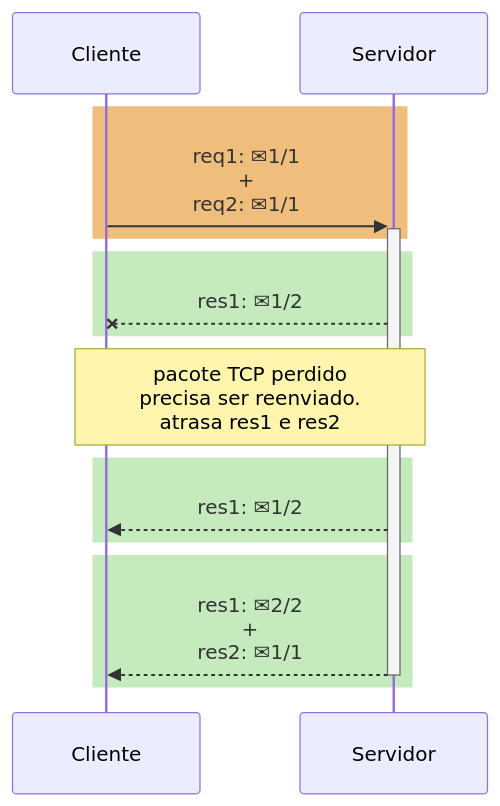
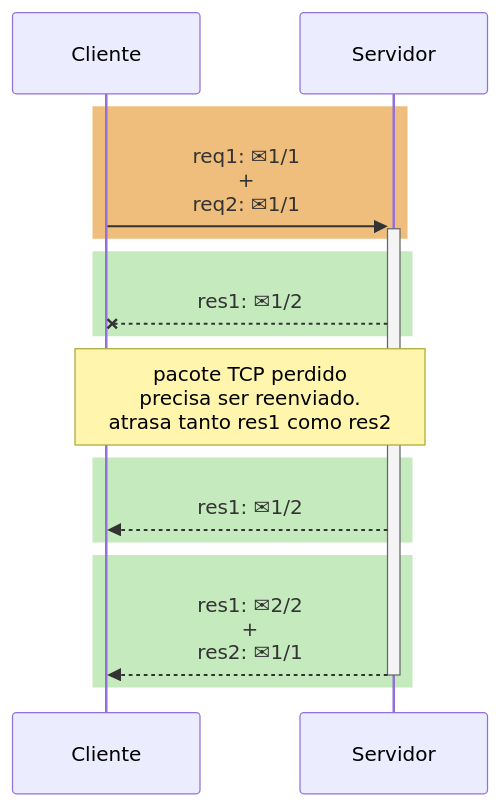
The third of 4 diagrams in src/posts/2024/03/http2-e-http3-explicados.md (alexandrehtrb/alexandrehtrb.github.io), drawn with Mermaid before and after one commit. The commit also changed other lines of this file and 1 other file, not shown here.

Commit message:
article: text changes

````diff
--- a/src/posts/2024/03/http2-e-http3-explicados.md
+++ b/src/posts/2024/03/http2-e-http3-explicados.md
@@ -157,16 +157,16 @@
 ```mermaid
 sequenceDiagram
     rect rgb(239, 190, 125)
         Cliente->>+Servidor: req1: #9993;1/1<br>+<br>req2: #9993;1/1
     end
     rect rgb(197, 234, 189)
         Servidor--xCliente: res1: #9993;1/2
     end
-    Note over Cliente,Servidor: pacote TCP perdido<br>precisa ser reenviado.<br>atrasa res1 e res2
+    Note over Cliente,Servidor: pacote TCP perdido<br>precisa ser reenviado.<br>atrasa tanto res1 como res2
     rect rgb(197, 234, 189)
         Servidor-->>Cliente: res1: #9993;1/2
     end
     rect rgb(197, 234, 189)
         Servidor-->>-Cliente: res1: #9993;2/2<br>+<br>res2: #9993;1/1
     end
 ```
````
